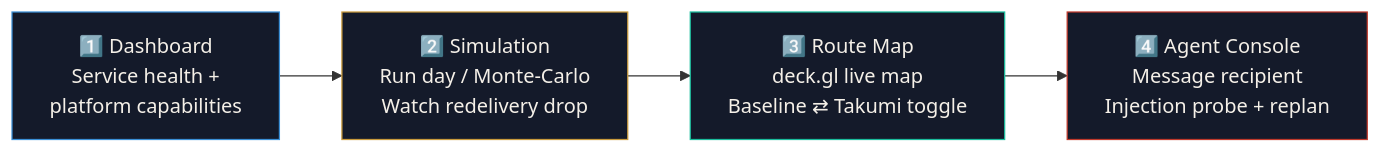
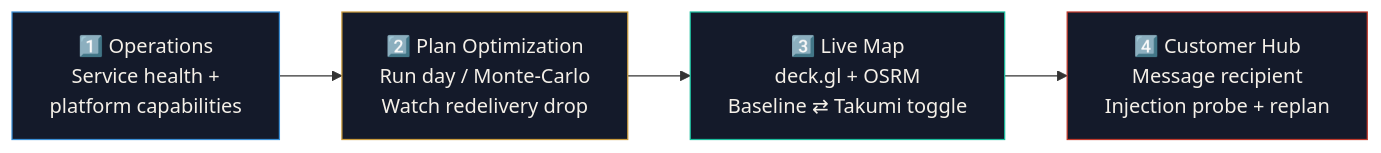
Before and after one commit to lobezno16/Takumi: diagram 12 of 14 in README.md, drawn with Mermaid. The commit also changed other lines of this file, not shown here.

````diff
--- a/README.md
+++ b/README.md
@@ -426,11 +788,11 @@
 ```mermaid
 graph LR
-    S1["1️⃣ Dashboard<br/>Service health +<br/>platform capabilities"] --> S2["2️⃣ Simulation<br/>Run day / Monte-Carlo<br/>Watch redelivery drop"]
-    S2 --> S3["3️⃣ Route Map<br/>deck.gl live map<br/>Baseline ⇄ Takumi toggle"]
-    S3 --> S4["4️⃣ Agent Console<br/>Message recipient<br/>Injection probe + replan"]
+    S1["1️⃣ Operations<br/>Service health +<br/>platform capabilities"] --> S2["2️⃣ Plan Optimization<br/>Run day / Monte-Carlo<br/>Watch redelivery drop"]
+    S2 --> S3["3️⃣ Live Map<br/>deck.gl + OSRM<br/>Baseline ⇄ Takumi toggle"]
+    S3 --> S4["4️⃣ Customer Hub<br/>Message recipient<br/>Injection probe + replan"]
 
     style S1 fill:#141a2a,stroke:#3a8fd6,color:#f5f0e8
     style S2 fill:#141a2a,stroke:#c99a3c,color:#f5f0e8
     style S3 fill:#141a2a,stroke:#1abc9c,color:#f5f0e8
     style S4 fill:#141a2a,stroke:#c0392b,color:#f5f0e8
 ```
````
